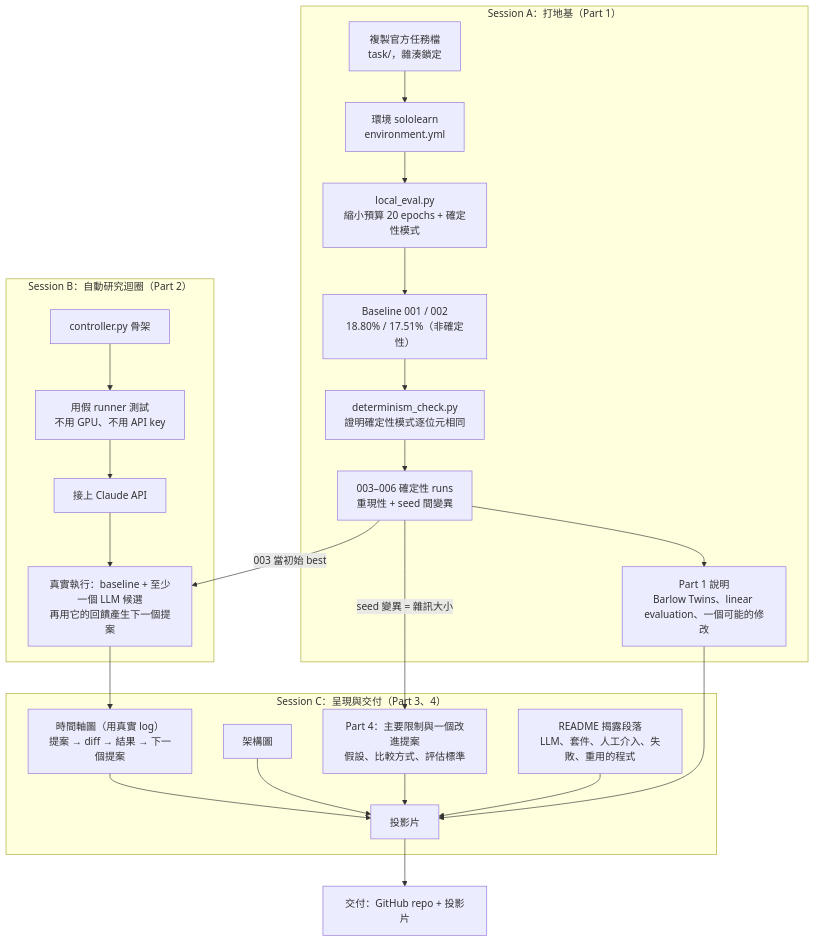
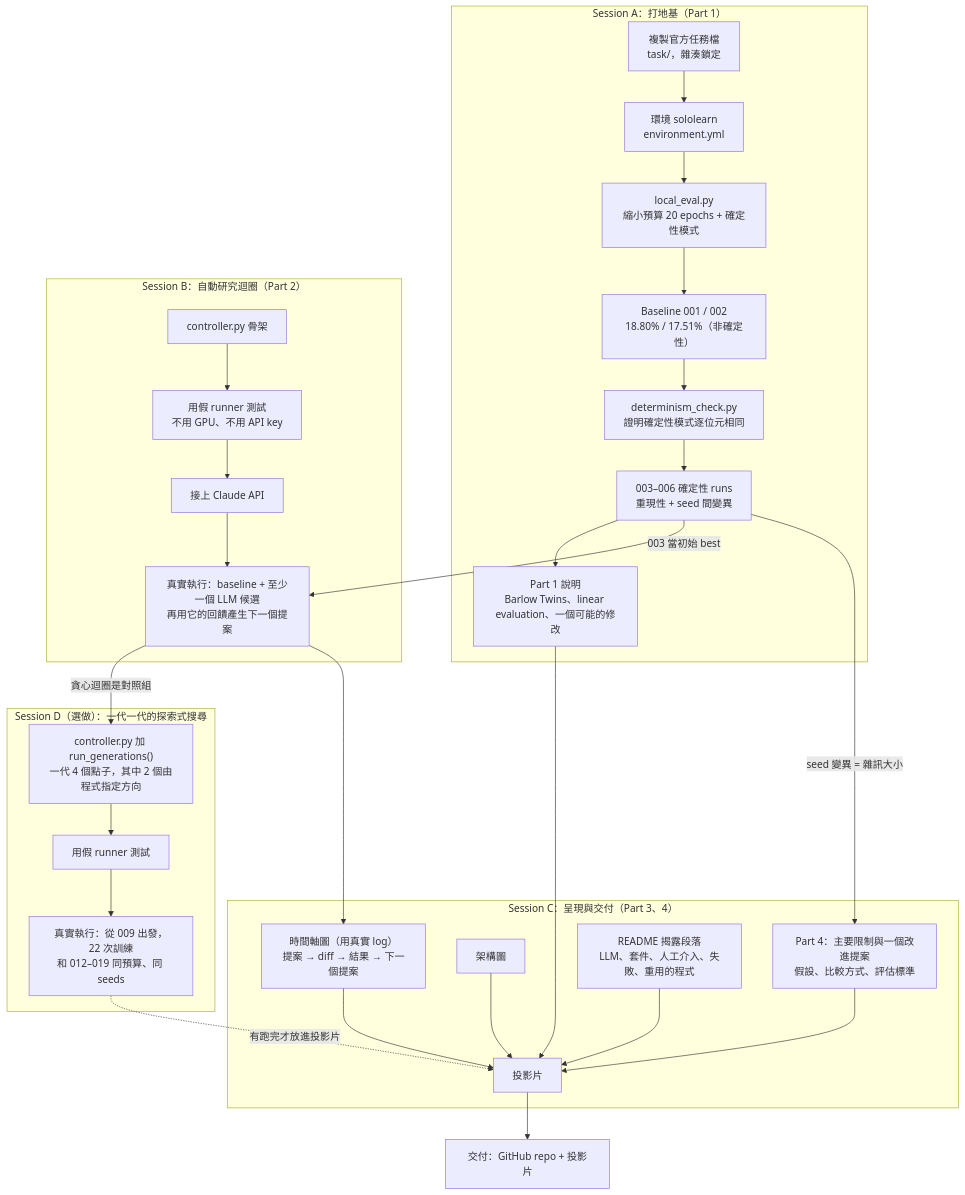
One commit to sandrinha-c/automated-researcher-takehome changed the first of 3 diagrams in docs/plan.md. Above: the diagram before and after it, drawn with Mermaid. The commit also changed other lines of this file and 9 other files, not shown here.

````diff
--- a/docs/plan.md
+++ b/docs/plan.md
@@ -7,35 +7,44 @@
 ```mermaid
 flowchart TD
     subgraph A["Session A：打地基（Part 1）"]
         A1["複製官方任務檔<br/>task/，雜湊鎖定"] --> A2["環境 sololearn<br/>environment.yml"]
         A2 --> A3["local_eval.py<br/>縮小預算 20 epochs + 確定性模式"]
         A3 --> A4["Baseline 001 / 002<br/>18.80% / 17.51%（非確定性）"]
         A4 --> A5["determinism_check.py<br/>證明確定性模式逐位元相同"]
         A5 --> A6["003–006 確定性 runs<br/>重現性 + seed 間變異"]
         A6 --> A7["Part 1 說明<br/>Barlow Twins、linear evaluation、一個可能的修改"]
     end
 
     subgraph B["Session B：自動研究迴圈（Part 2）"]
         B1["controller.py 骨架"] --> B2["用假 runner 測試<br/>不用 GPU、不用 API key"]
         B2 --> B3["接上 Claude API"]
         B3 --> B4["真實執行：baseline + 至少一個 LLM 候選<br/>再用它的回饋產生下一個提案"]
     end
 
     subgraph C["Session C：呈現與交付（Part 3、4）"]
         C1["時間軸圖（用真實 log）<br/>提案 → diff → 結果 → 下一個提案"]
         C2["架構圖"]
         C3["Part 4：主要限制與一個改進提案<br/>假設、比較方式、評估標準"]
         C4["README 揭露段落<br/>LLM、套件、人工介入、失敗、重用的程式"]
         C5["投影片"]
         C1 --> C5
         C2 --> C5
         C3 --> C5
         C4 --> C5
     end
 
+    subgraph DD["Session D（選做）：一代一代的探索式搜尋"]
+        D1["controller.py 加 run_generations()<br/>一代 4 個點子，其中 2 個由程式指定方向"]
+        D2["用假 runner 測試"]
+        D3["真實執行：從 009 出發，22 次訓練<br/>和 012–019 同預算、同 seeds"]
+        D1 --> D2 --> D3
+    end
+
+    B4 -->|"貪心迴圈是對照組"| D1
+    D3 -.->|"有跑完才放進投影片"| C5
     A6 -->|"003 當初始 best"| B4
     A6 -->|"seed 變異 = 雜訊大小"| C3
     A7 --> C5
     B4 --> C1
     C5 --> D["交付：GitHub repo + 投影片"]
 ```
````
